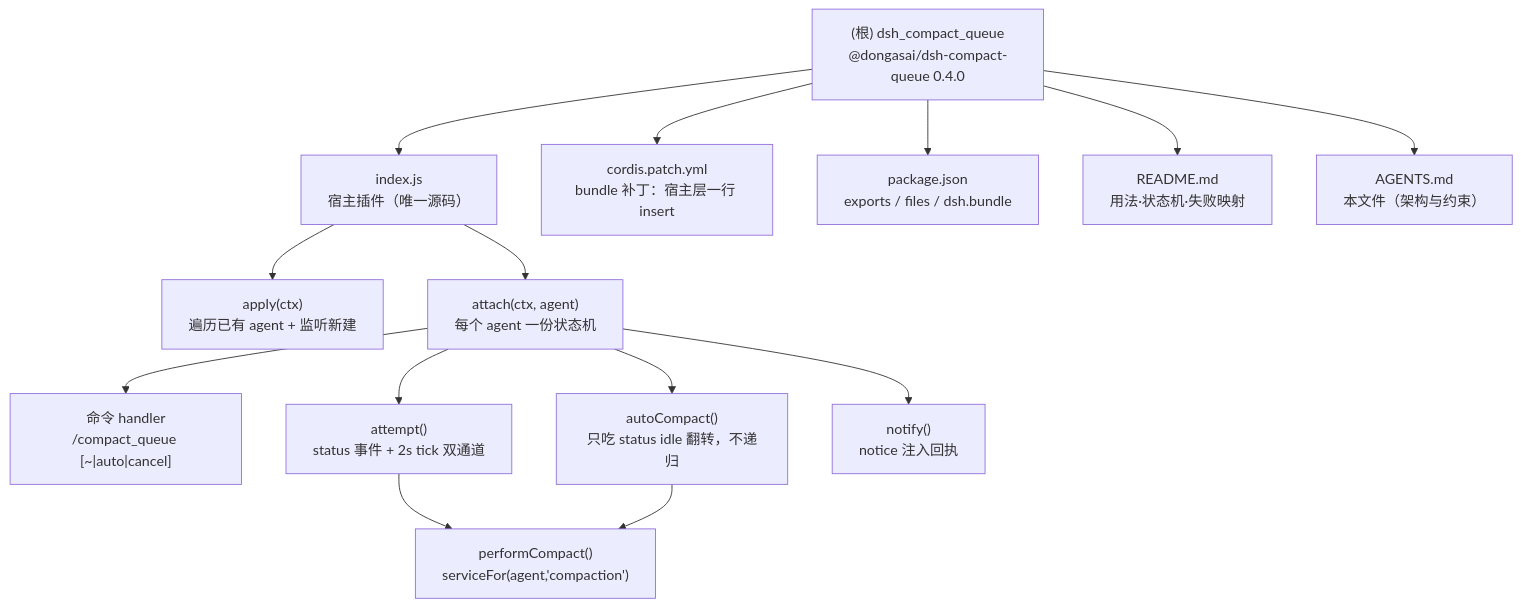
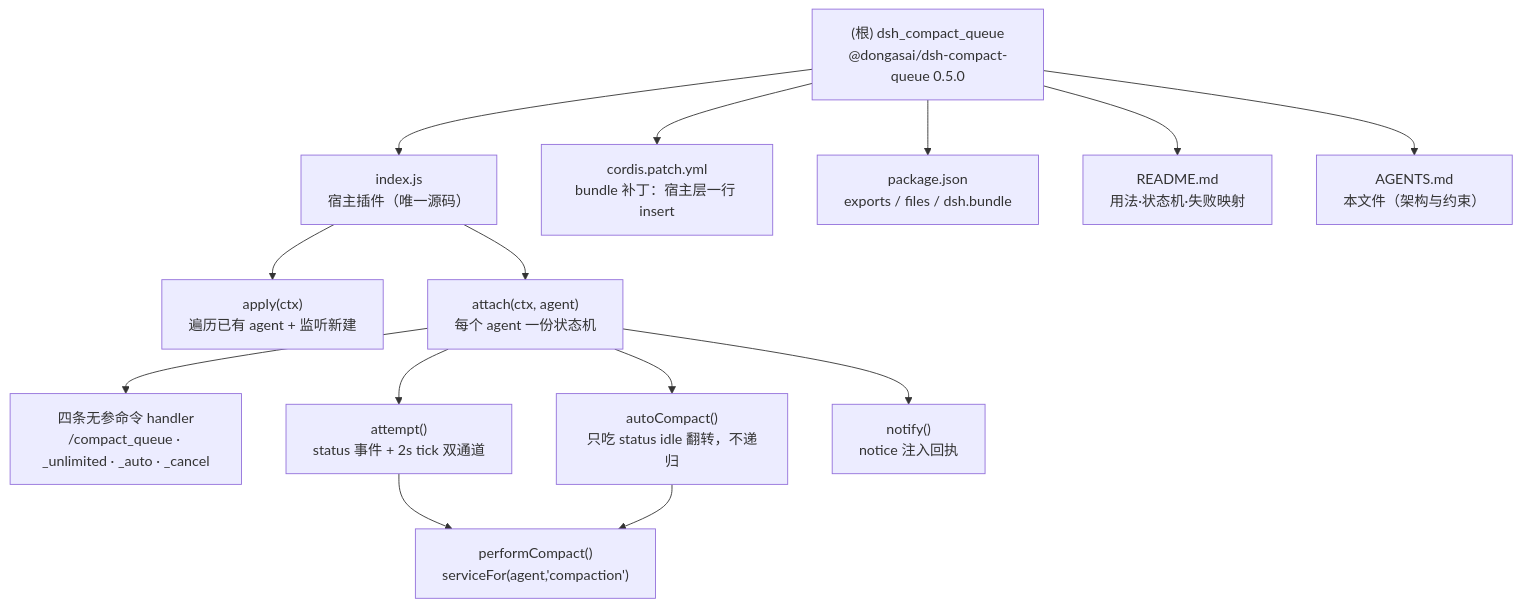
The diagram in AGENTS.md (dongasai/dsh_compact_queue), drawn with Mermaid before and after one commit. The commit also changed other lines of this file and 4 other files, not shown here.

````diff
--- a/AGENTS.md
+++ b/AGENTS.md
@@ -71,22 +73,22 @@
 ```mermaid
 graph TD
-    A["(根) dsh_compact_queue<br/>@dongasai/dsh-compact-queue 0.4.0"] --> B["index.js<br/>宿主插件（唯一源码）"]
+    A["(根) dsh_compact_queue<br/>@dongasai/dsh-compact-queue 0.5.0"] --> B["index.js<br/>宿主插件（唯一源码）"]
     A --> C["cordis.patch.yml<br/>bundle 补丁：宿主层一行 insert"]
     A --> D["package.json<br/>exports / files / dsh.bundle"]
     A --> E["README.md<br/>用法·状态机·失败映射"]
     A --> F["AGENTS.md<br/>本文件（架构与约束）"]
     B --> B1["apply(ctx)<br/>遍历已有 agent + 监听新建"]
     B --> B2["attach(ctx, agent)<br/>每个 agent 一份状态机"]
-    B2 --> B3["命令 handler<br/>/compact_queue [~|auto|cancel]"]
+    B2 --> B3["四条无参命令 handler<br/>/compact_queue · _unlimited · _auto · _cancel"]
     B2 --> B4["attempt()<br/>status 事件 + 2s tick 双通道"]
     B2 --> B7["autoCompact()<br/>只吃 status idle 翻转，不递归"]
     B2 --> B5["notify()<br/>notice 注入回执"]
     B4 --> B6["performCompact()<br/>serviceFor(agent,'compaction')"]
     B7 --> B6
 
     click A "./AGENTS.md" "架构与约束"
     click B "./index.js" "唯一源码"
     click C "./cordis.patch.yml" "bundle 补丁"
     click D "./package.json" "包元数据"
     click E "./README.md" "用户文档"
 ```
````
